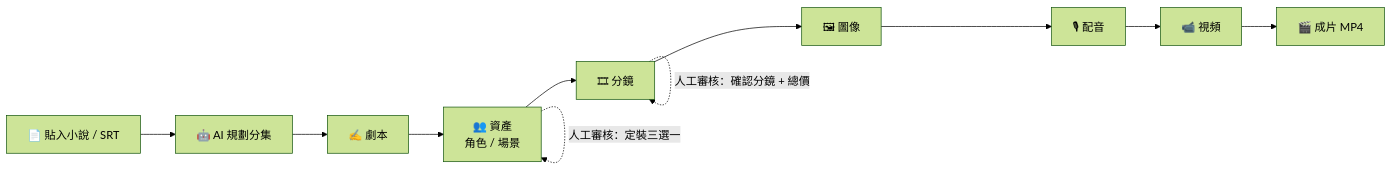
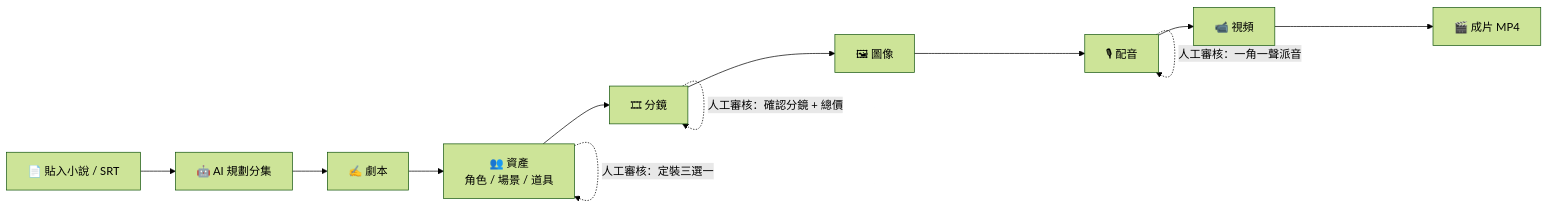
Before and after one commit to kelvin6365/reelcraft: the first of 2 diagrams in README.md, drawn with Mermaid (forest theme). The commit also changed other lines of this file and 2 other files, not shown here.

````diff
--- a/README.md
+++ b/README.md
@@ -23,14 +29,15 @@
 ```mermaid
 flowchart LR
     A[📄 貼入小說 / SRT] --> B[🤖 AI 規劃分集]
     B --> C[✍️ 劇本]
-    C --> D[👥 資產<br/>角色 / 場景]
+    C --> D[👥 資產<br/>角色 / 場景 / 道具]
     D --> E[🎞 分鏡]
     E --> F[🖼 圖像]
     F --> G[🎙 配音]
     G --> H[📹 視頻]
     H --> I[🎬 成片 MP4]
 
     D -. 人工審核：定裝三選一 .-> D
     E -. 人工審核：確認分鏡 + 總價 .-> E
+    G -. 人工審核：一角一聲派音 .-> G
 ```
````
